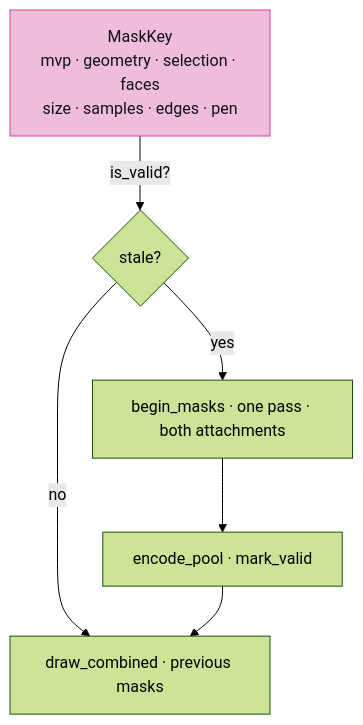
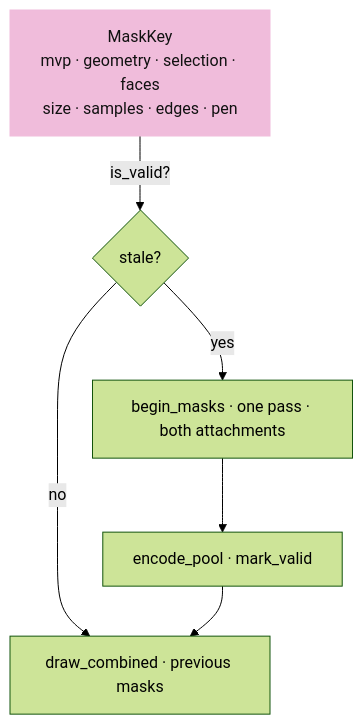
One commit to petrasvestartas/session changed diagram 14 of 14 in session_viewer/docs/18-finite-visibility.md. Above: the diagram before and after it, drawn with Mermaid (forest theme). The commit also changed other lines of this file and 324 other files, not shown here.

````diff
--- a/session_viewer/docs/18-finite-visibility.md
+++ b/session_viewer/docs/18-finite-visibility.md
@@ -366,9 +438,9 @@
 ```mermaid
 flowchart TB
     K["MaskKey<br/>mvp · geometry · selection · faces<br/>size · samples · edges · pen"] -- "is_valid?" --> S{"stale?"}
     S -- no --> R["draw_combined · previous masks"]
     S -- yes --> P["begin_masks · one pass · both attachments"]
     P --> Q["encode_pool · mark_valid"]
     Q --> R
-    style K fill:#f0bcdb,stroke:#ce4095,color:#111
+    style K fill:#f0bcdb,stroke:#f0bcdb,color:#111
 ```
````
